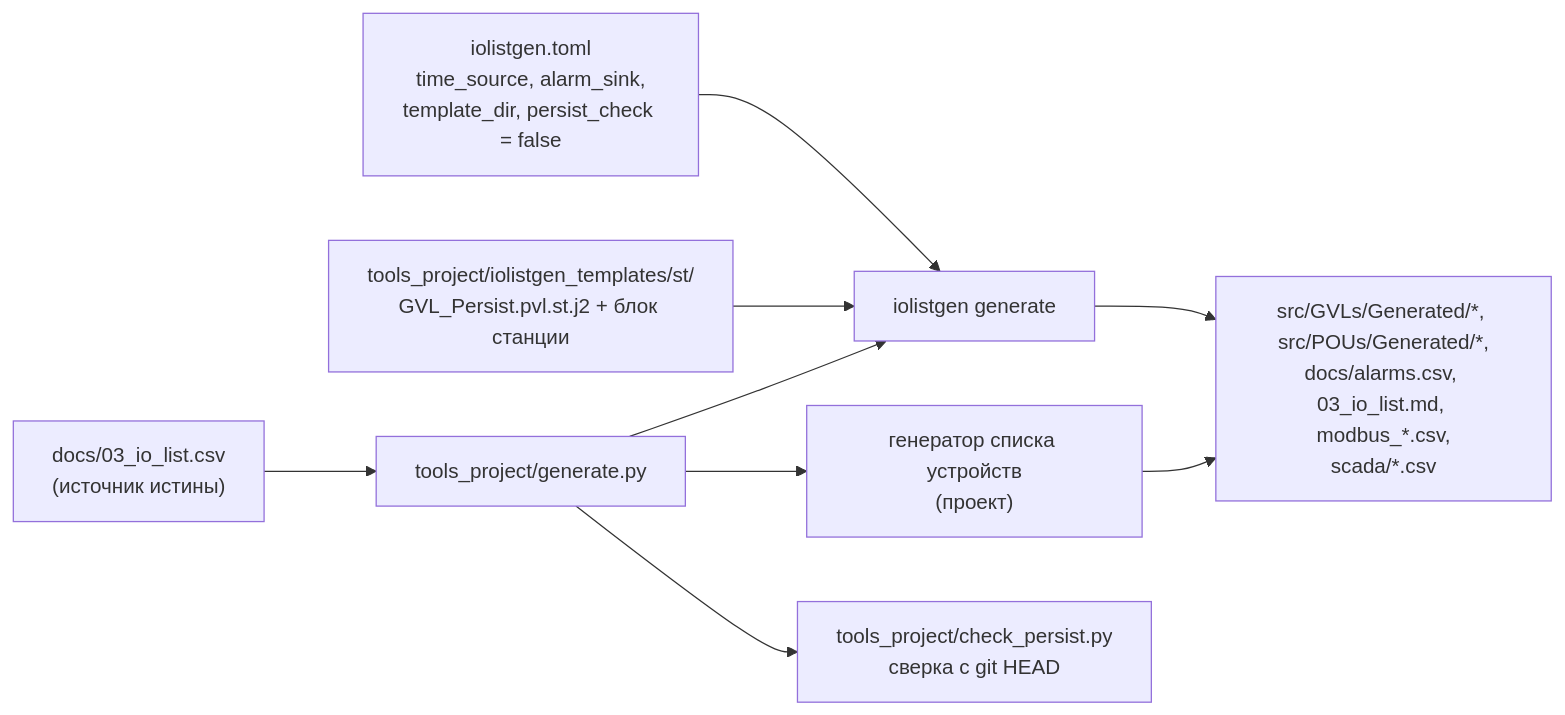
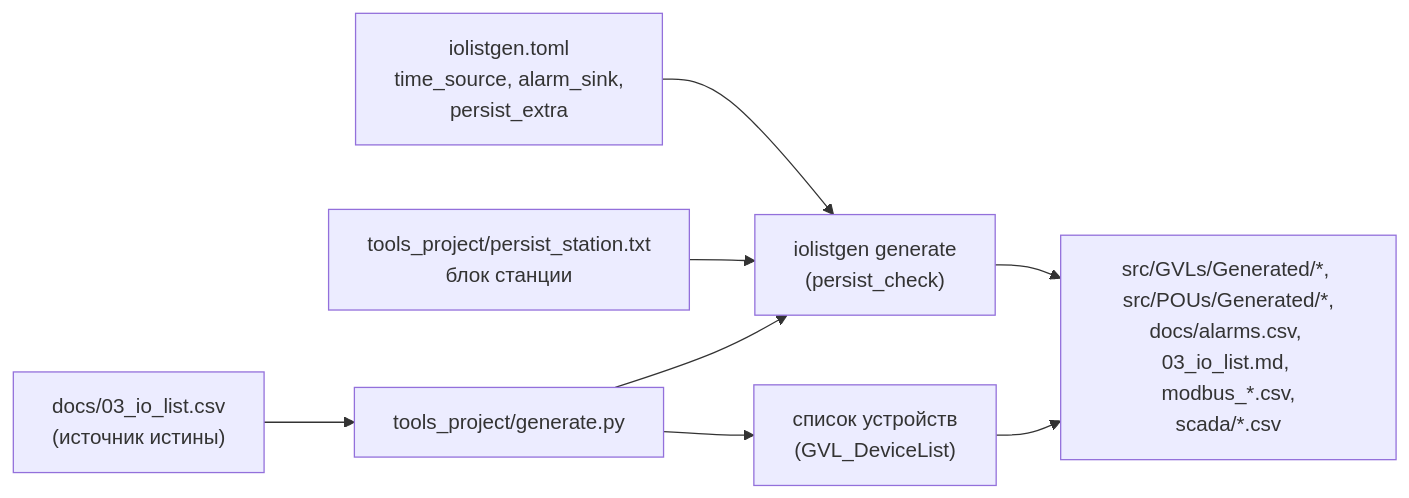
Before and after one commit to kr0nsch/kns-pump-station: the second of 5 diagrams in docs/ARCHITECTURE.md, drawn with Mermaid. The commit also changed other lines of this file and 8 other files, not shown here.

First line of the commit message:
docs: решения К3 — persist_extra, список устройств, адаптеры, журнал, символы, сценарии

````diff
--- a/docs/ARCHITECTURE.md
+++ b/docs/ARCHITECTURE.md
@@ -104,17 +104,15 @@
 ```mermaid
 flowchart LR
     csv["docs/03_io_list.csv<br/>(источник истины)"]
-    toml["iolistgen.toml<br/>time_source, alarm_sink,<br/>template_dir, persist_check = false"]
-    tpl["tools_project/iolistgen_templates/st/<br/>GVL_Persist.pvl.st.j2 + блок станции"]
+    toml["iolistgen.toml<br/>time_source, alarm_sink,<br/>persist_extra"]
+    tpl["tools_project/persist_station.txt<br/>блок станции"]
     gen["tools_project/generate.py"]
-    iol["iolistgen generate"]
-    dl["генератор списка устройств<br/>(проект)"]
-    chk["tools_project/check_persist.py<br/>сверка с git HEAD"]
+    iol["iolistgen generate<br/>(persist_check)"]
+    dl["список устройств<br/>(GVL_DeviceList)"]
     out["src/GVLs/Generated/*, src/POUs/Generated/*,<br/>docs/alarms.csv, 03_io_list.md, modbus_*.csv,<br/>scada/*.csv"]
     csv --> gen
     toml --> iol
     tpl --> iol
     gen --> iol --> out
     gen --> dl --> out
-    gen --> chk
 ```
````
